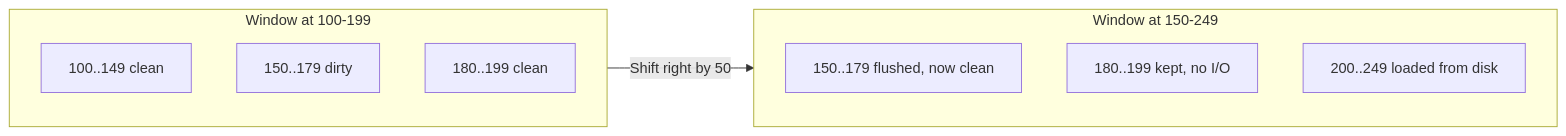
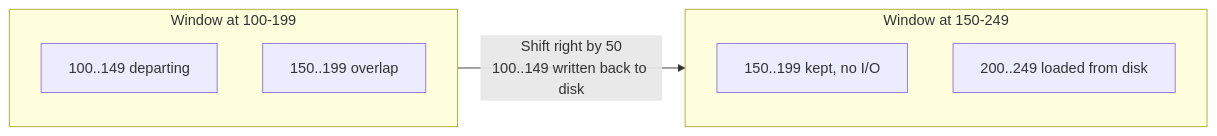
One commit to schroedermatthew/FatP changed the second of 2 diagrams in components/SlidingFileWindow/docs/User Manual - SlidingFileWindow.md. Above: the diagram before and after it, drawn with Mermaid. The commit also changed other lines of this file and 103 other files, not shown here.

````diff
--- a/components/SlidingFileWindow/docs/User Manual - SlidingFileWindow.md
+++ b/components/SlidingFileWindow/docs/User Manual - SlidingFileWindow.md
@@ -112,16 +111,14 @@
 ```mermaid
 flowchart LR
     subgraph Before["Window at 100-199"]
-        B1["100..149 clean"]
-        B2["150..179 dirty"]
-        B3["180..199 clean"]
+        B1["100..149 departing"]
+        B2["150..199 overlap"]
     end
 
     subgraph After["Window at 150-249"]
-        A1["150..179 flushed, now clean"]
-        A2["180..199 kept, no I/O"]
-        A3["200..249 loaded from disk"]
+        A1["150..199 kept, no I/O"]
+        A2["200..249 loaded from disk"]
     end
 
-    Before -->|"Shift right by 50"| After
+    Before -->|"Shift right by 50<br/>100..149 written back to disk"| After
 ```
````
